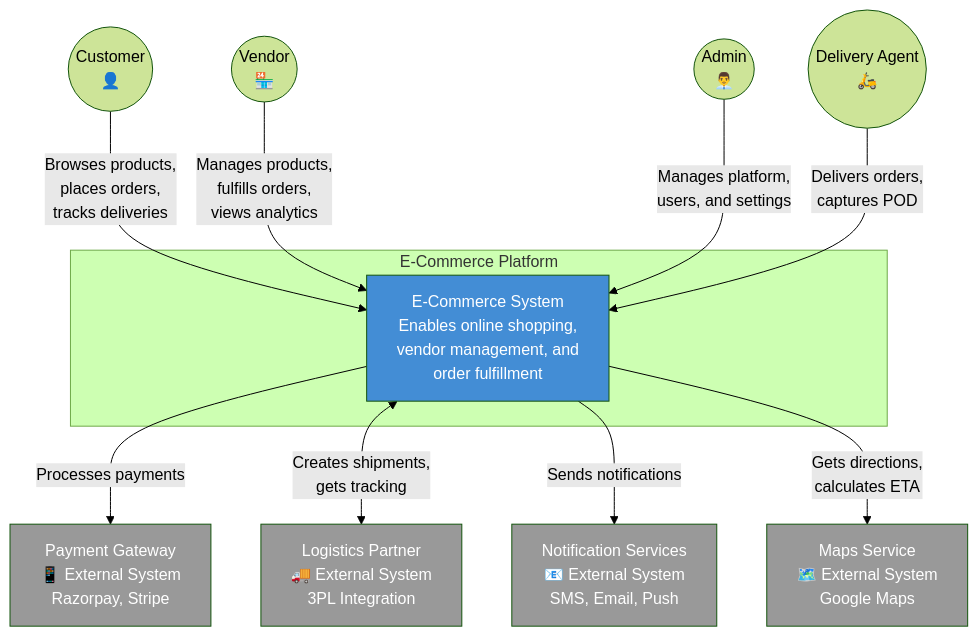
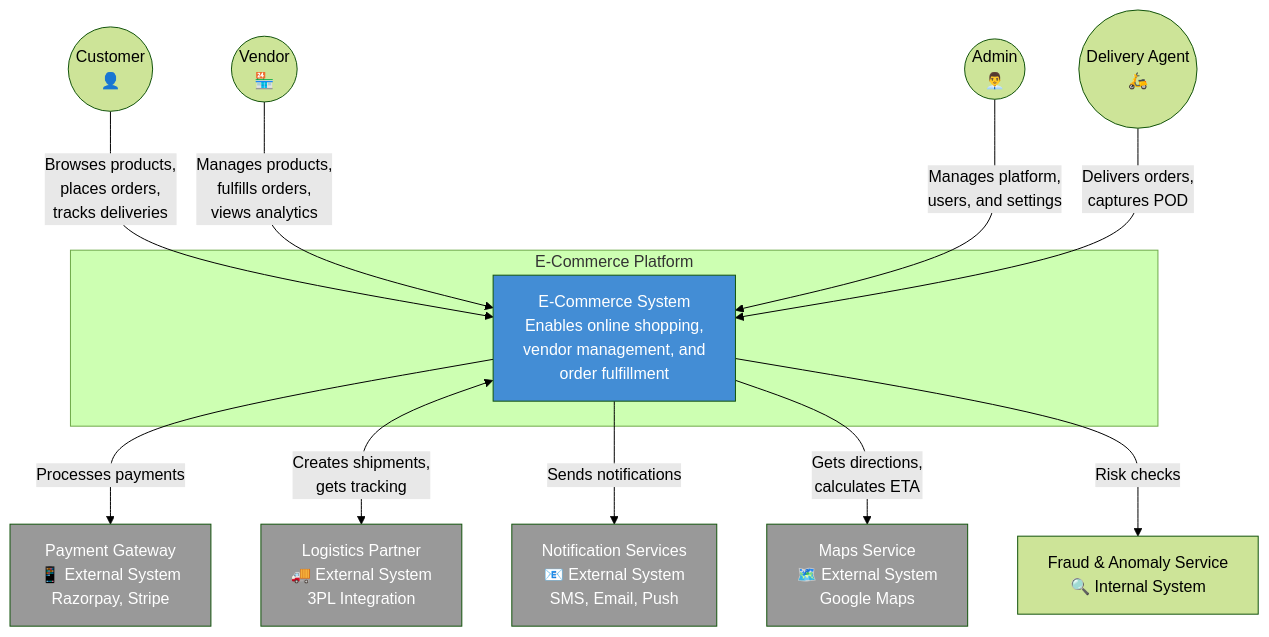
The first of 6 diagrams in E-Commerce/high-level-design/c4-diagrams.md (0Ankit0/Project-Ideas), drawn with Mermaid (forest theme) before and after one commit. The commit also changed other lines of this file and 21 other files, not shown here.

````diff
--- a/E-Commerce/high-level-design/c4-diagrams.md
+++ b/E-Commerce/high-level-design/c4-diagrams.md
@@ -10,32 +10,34 @@
 ```mermaid
 graph TB
     Customer((Customer<br>👤))
     Vendor((Vendor<br>🏪))
     Admin((Admin<br>👨‍💼))
     Agent((Delivery Agent<br>🛵))
     
     subgraph "E-Commerce Platform"
         System[E-Commerce System<br>Enables online shopping,<br>vendor management, and<br>order fulfillment]
     end
     
     PaymentGW[Payment Gateway<br>📱 External System<br>Razorpay, Stripe]
     LogisticsPartner[Logistics Partner<br>🚚 External System<br>3PL Integration]
     NotificationSvc[Notification Services<br>📧 External System<br>SMS, Email, Push]
     MapsAPI[Maps Service<br>🗺️ External System<br>Google Maps]
+    FraudSvc[Fraud & Anomaly Service<br>🔍 Internal System]
     
     Customer -->|Browses products,<br>places orders,<br>tracks deliveries| System
     Vendor -->|Manages products,<br>fulfills orders,<br>views analytics| System
     Admin -->|Manages platform,<br>users, and settings| System
     Agent -->|Delivers orders,<br>captures POD| System
     
     System -->|Processes payments| PaymentGW
     System <-->|Creates shipments,<br>gets tracking| LogisticsPartner
     System -->|Sends notifications| NotificationSvc
     System -->|Gets directions,<br>calculates ETA| MapsAPI
+    System -->|Risk checks| FraudSvc
     
     style System fill:#438DD5,color:#fff
     style PaymentGW fill:#999,color:#fff
     style LogisticsPartner fill:#999,color:#fff
     style NotificationSvc fill:#999,color:#fff
     style MapsAPI fill:#999,color:#fff
 ```
````
